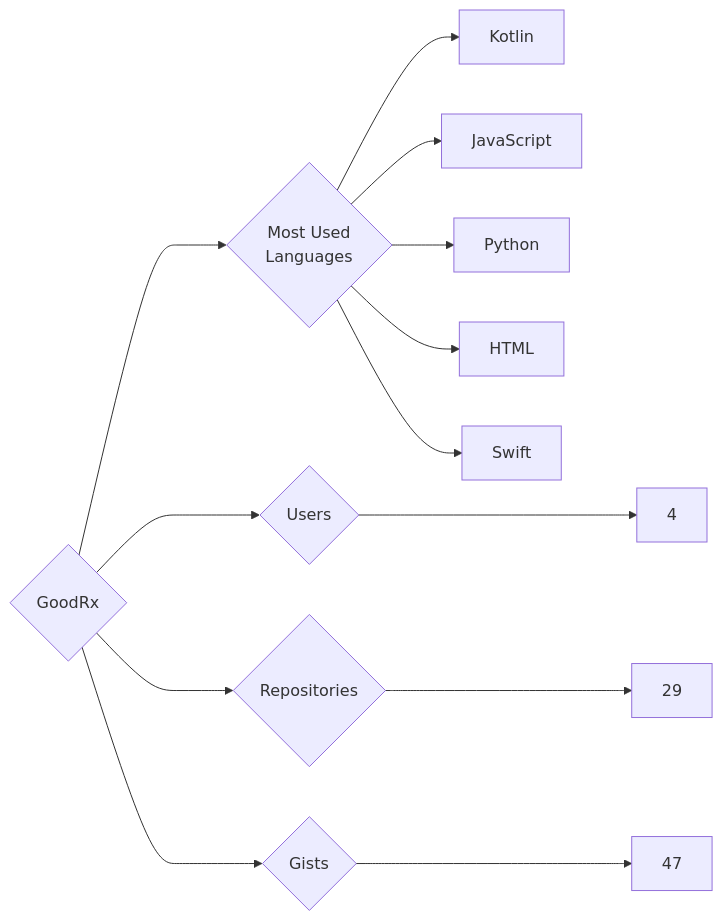
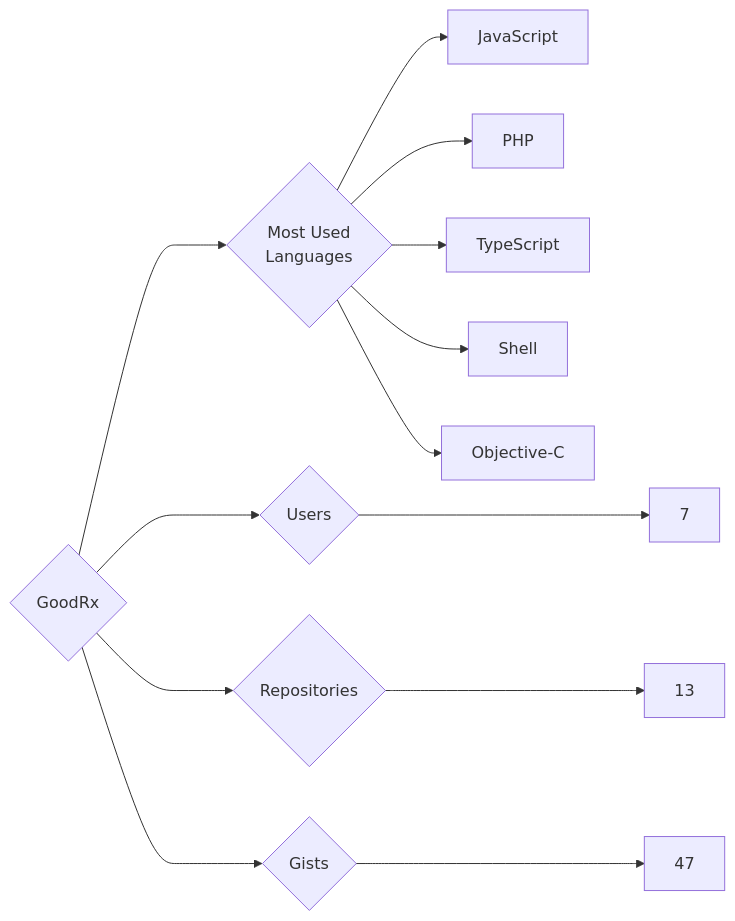
The diagram in targets/GoodRx/README.md (trickest/insiders), drawn with Mermaid before and after one commit. The commit also changed 1003 other files, not shown here.

````diff
--- a/targets/GoodRx/README.md
+++ b/targets/GoodRx/README.md
@@ -3,13 +3,13 @@
 ```mermaid
 graph LR
 COMPANY_NAME{GoodRx}
-COMPANY_NAME ---> U{Users} ---> UN[4]
-COMPANY_NAME ---> R{Repositories} ---> RN[29]
+COMPANY_NAME ---> U{Users} ---> UN[7]
+COMPANY_NAME ---> R{Repositories} ---> RN[13]
 COMPANY_NAME ---> G{Gists} ---> GN[47]
 COMPANY_NAME ---> ML{Most Used<br>Languages}
-ML --> Kotlin[Kotlin]
 ML --> JavaScript[JavaScript]
-ML --> Python[Python]
-ML --> HTML[HTML]
-ML --> Swift[Swift]
+ML --> PHP[PHP]
+ML --> TypeScript[TypeScript]
+ML --> Shell[Shell]
+ML --> Objective-C[Objective-C]
 ```
````
